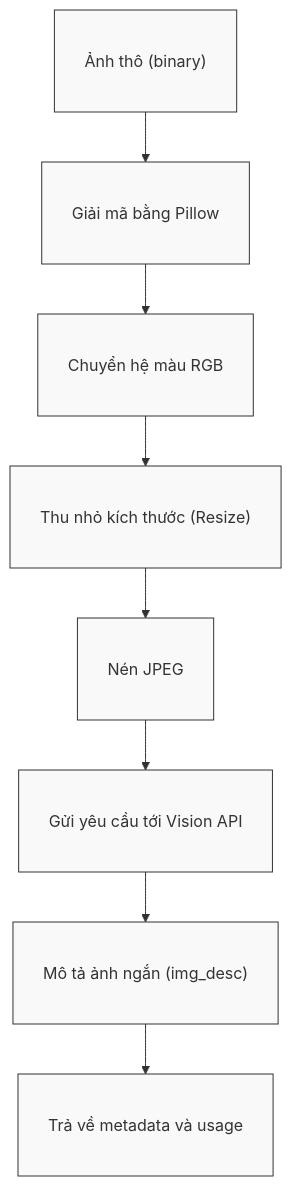
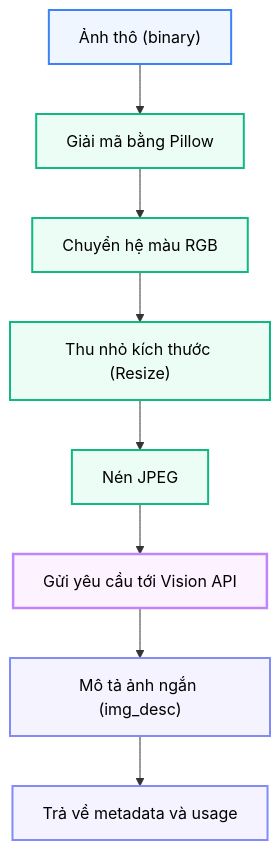
The diagram in docs/modules/n2_image_processing.md (ltk6/travel-exp-planner), drawn with Mermaid before and after one commit. The commit also changed 70 other files, not shown here.

````diff
--- a/docs/modules/n2_image_processing.md
+++ b/docs/modules/n2_image_processing.md
@@ -152,16 +152,16 @@
 ```mermaid
----
-config:
-  flowchart:
-    useMaxWidth: false
----
+%%{init: {'flowchart': {'useMaxWidth': false}}}%%
 graph TD
-    classDef default fill:#f9f9f9,stroke:#333,stroke-width:1px,padding-left:10px,padding-right:10px,white-space:nowrap;
-    A["Ảnh thô (binary)"] --> B["Giải mã bằng Pillow"]
-    B --> C["Chuyển hệ màu RGB"]
-    C --> D["Thu nhỏ kích thước (Resize)"]
-    D --> E["Nén JPEG"]
-    E --> F["Gửi yêu cầu tới Vision API"]
-    F --> G["Mô tả ảnh ngắn (img_desc)"]
-    G --> H["Trả về metadata và usage"]
+    classDef client fill:#eff6ff,stroke:#3b82f6,stroke-width:2px,color:#000000;
+    classDef op fill:#ecfdf5,stroke:#10b981,stroke-width:2px,color:#000000;
+    classDef api fill:#fdf2ff,stroke:#c084fc,stroke-width:2.5px,color:#000000;
+    classDef out fill:#f5f3ff,stroke:#818cf8,stroke-width:2px,color:#000000;
+    
+    A["Ảnh thô (binary)"]:::client --> B["Giải mã bằng Pillow"]:::op
+    B --> C["Chuyển hệ màu RGB"]:::op
+    C --> D["Thu nhỏ kích thước (Resize)"]:::op
+    D --> E["Nén JPEG"]:::op
+    E --> F["Gửi yêu cầu tới Vision API"]:::api
+    F --> G["Mô tả ảnh ngắn (img_desc)"]:::out
+    G --> H["Trả về metadata và usage"]:::out
 ```
````
